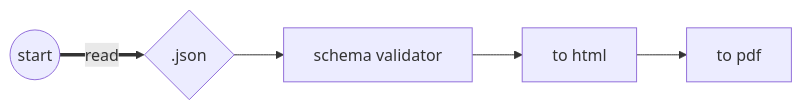
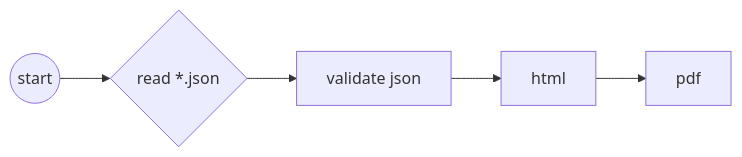
The diagram in README.md (Leyka/gensume), drawn with Mermaid before and after one commit. The commit also changed other lines of this file, not shown here.

````diff
--- a/README.md
+++ b/README.md
@@ -28,7 +27,7 @@
 ```mermaid
 flowchart LR
-  A((start)) ==read==> B{.json}
-  B --> C[schema validator]
-  C --> D[to html]
-  D --> E[to pdf]
+  A((start)) --> B{read *.json}
+  B --> C[validate json]
+  C --> D[html]
+  D --> E[pdf]
 ```
````
